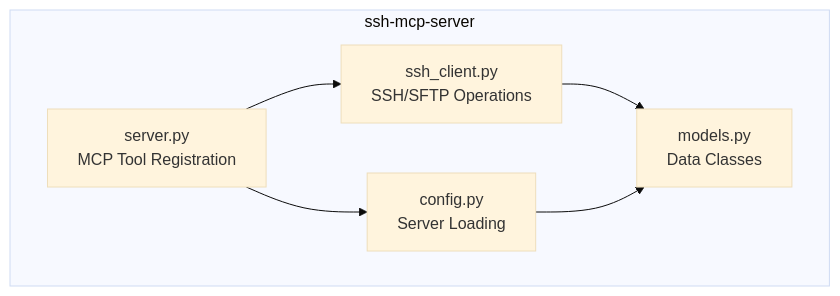
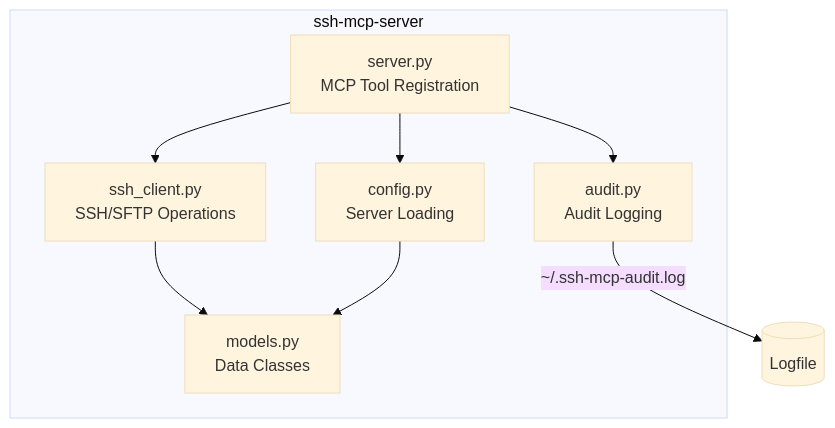
One commit to intershopper/remote-admin-mcp changed the third of 8 diagrams in docs/architecture.md. Above: the diagram before and after it, drawn with Mermaid (base theme). The commit also changed other lines of this file and 2 other files, not shown here.

Commit message:
feat: add audit logging for all write operations
Logs to ~/.ssh-mcp-audit.log with timestamp, server, tool and detail.
Logged: execute, write_file, transfer_file (upload), service, replace_in_file.
Not logged: read-only tools (list_servers, read_file, search_in_file, get_file_structure, download).

````diff
--- a/docs/architecture.md
+++ b/docs/architecture.md
@@ -114,14 +114,17 @@
 ```mermaid
 graph TB
     subgraph ssh-mcp-server
         SRV[server.py<br/>MCP Tool Registration]
         SSH[ssh_client.py<br/>SSH/SFTP Operations]
+        AUD[audit.py<br/>Audit Logging]
         CFG[config.py<br/>Server Loading]
         MDL[models.py<br/>Data Classes]
     end
 
     SRV --> SSH
+    SRV --> AUD
     SRV --> CFG
     SSH --> MDL
     CFG --> MDL
+    AUD --> |~/.ssh-mcp-audit.log| LOG[(Logfile)]
 ```
````
